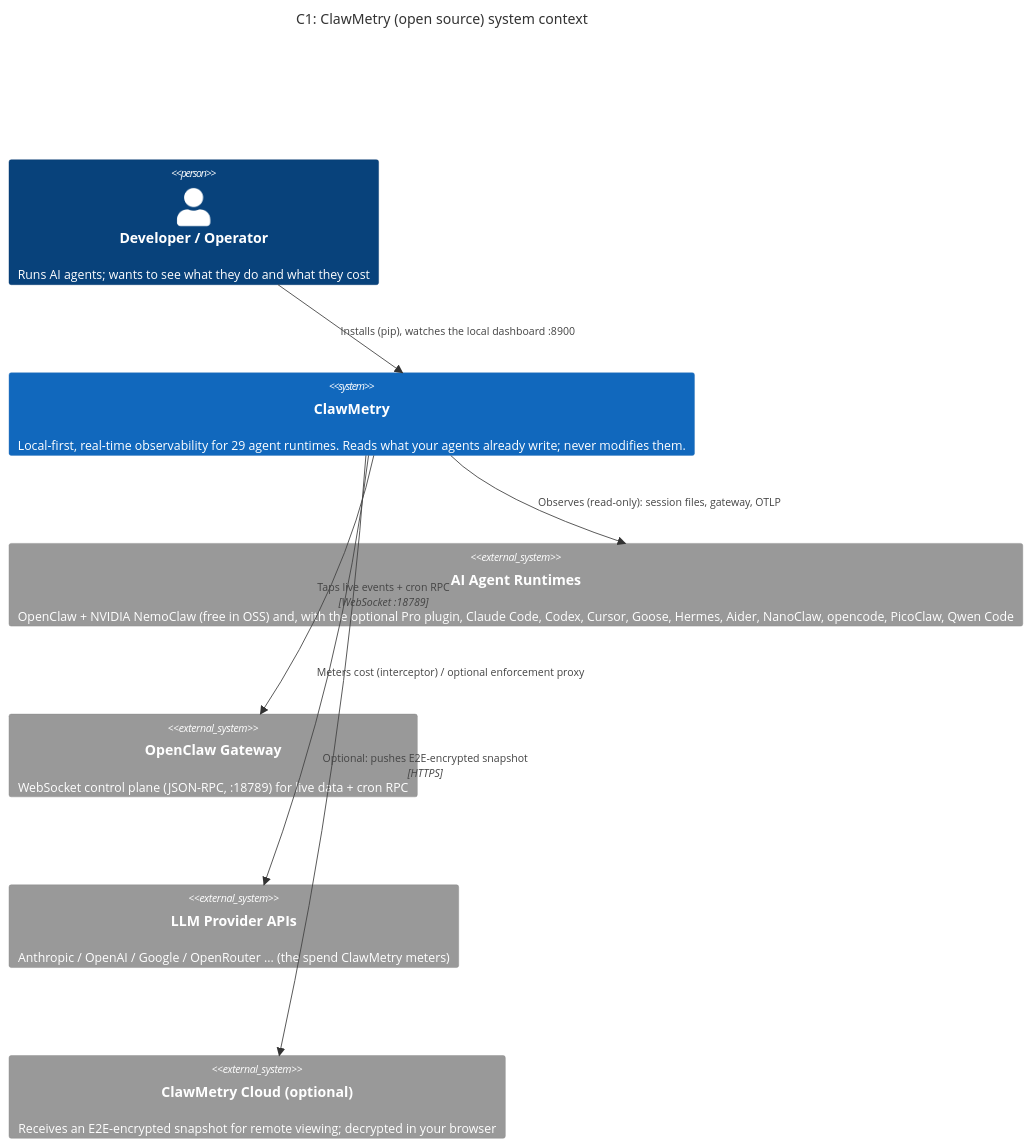
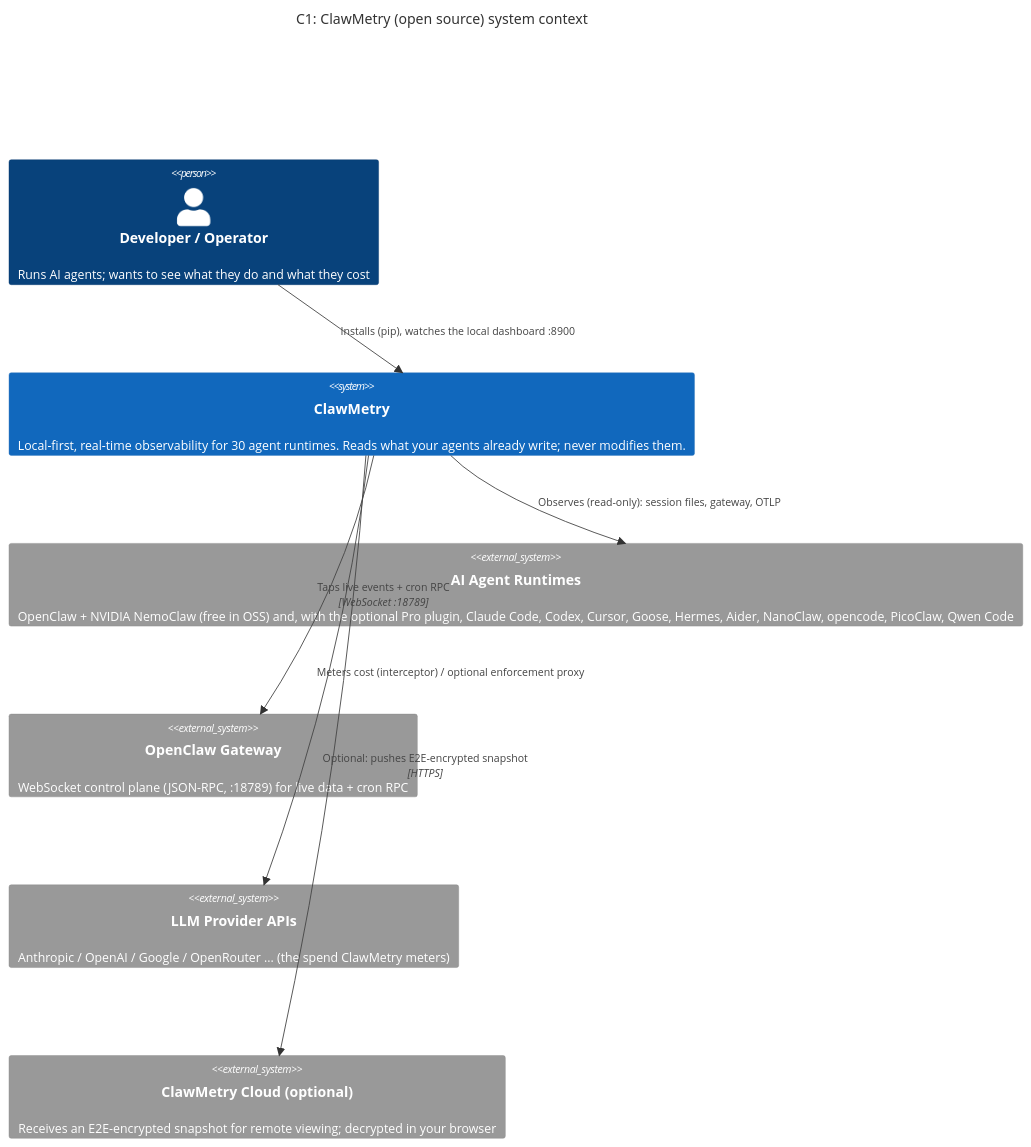
The first of 2 diagrams in ARCHITECTURE.md (vivekchand/clawmetry), drawn with Mermaid before and after one commit. The commit also changed 25 other files, not shown here.

````diff
--- a/ARCHITECTURE.md
+++ b/ARCHITECTURE.md
@@ -37,18 +37,18 @@
 ```mermaid
 C4Context
 title C1: ClawMetry (open source) system context
 
 Person(dev, "Developer / Operator", "Runs AI agents; wants to see what they do and what they cost")
-System(clawmetry, "ClawMetry", "Local-first, real-time observability for 29 agent runtimes. Reads what your agents already write; never modifies them.")
+System(clawmetry, "ClawMetry", "Local-first, real-time observability for 30 agent runtimes. Reads what your agents already write; never modifies them.")
 
 System_Ext(runtimes, "AI Agent Runtimes", "OpenClaw + NVIDIA NemoClaw (free in OSS) and, with the optional Pro plugin, Claude Code, Codex, Cursor, Goose, Hermes, Aider, NanoClaw, opencode, PicoClaw, Qwen Code")
 System_Ext(gateway, "OpenClaw Gateway", "WebSocket control plane (JSON-RPC, :18789) for live data + cron RPC")
 System_Ext(llm, "LLM Provider APIs", "Anthropic / OpenAI / Google / OpenRouter ... (the spend ClawMetry meters)")
 System_Ext(cloud, "ClawMetry Cloud (optional)", "Receives an E2E-encrypted snapshot for remote viewing; decrypted in your browser")
 
 Rel(dev, clawmetry, "Installs (pip), watches the local dashboard :8900")
 Rel(clawmetry, runtimes, "Observes (read-only): session files, gateway, OTLP")
 Rel(clawmetry, gateway, "Taps live events + cron RPC", "WebSocket :18789")
 Rel(clawmetry, llm, "Meters cost (interceptor) / optional enforcement proxy")
 Rel(clawmetry, cloud, "Optional: pushes E2E-encrypted snapshot", "HTTPS")
 ```
````
